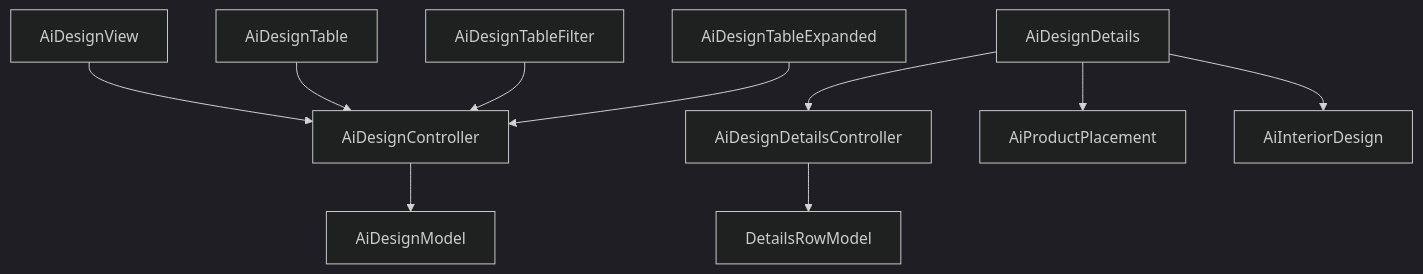
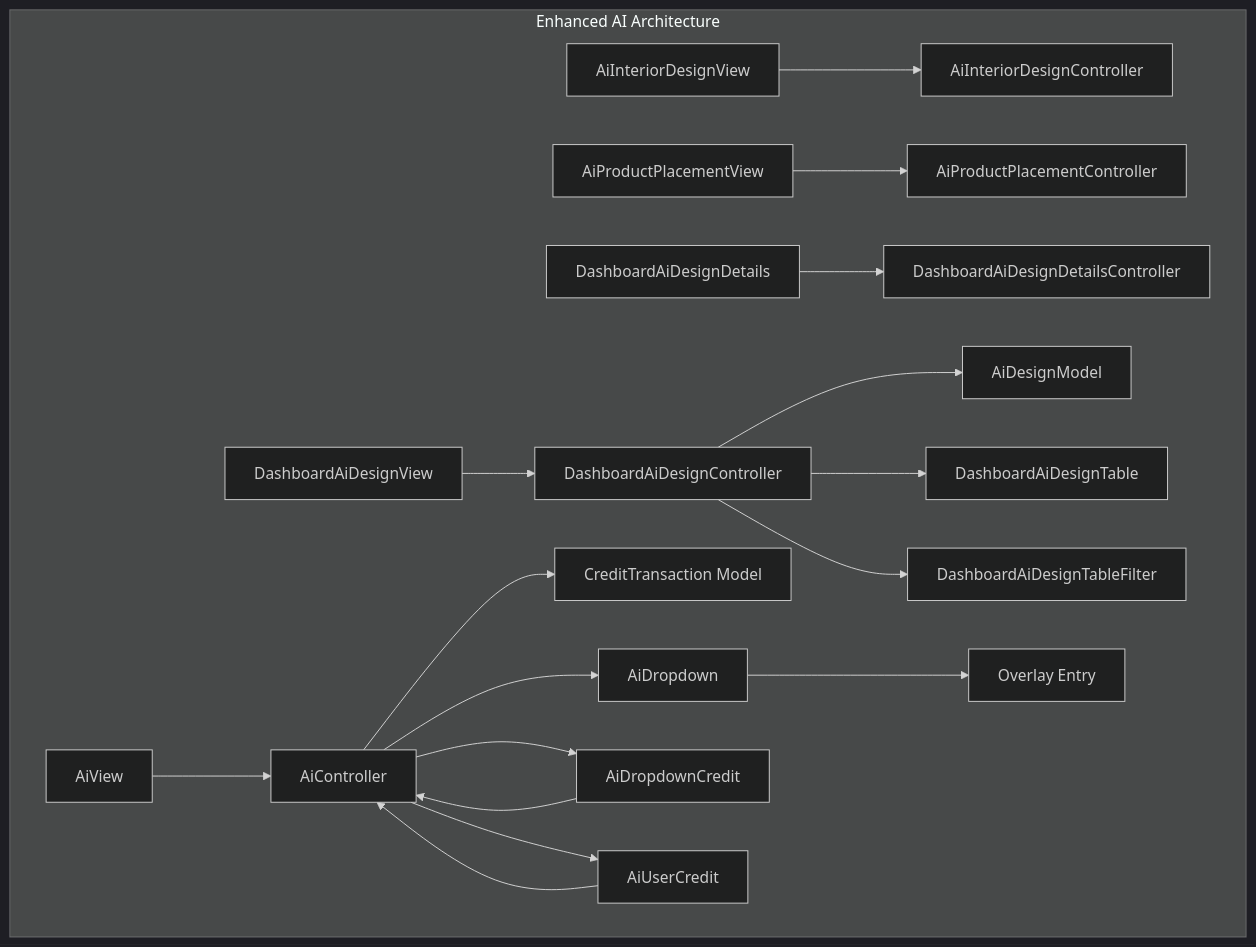
One commit to Ariful3111/FurniGo changed the second of 6 diagrams in .qoder/repowiki/en/content/Core Features/AI Design Services/AI Design Services.md. Above: the diagram before and after it, drawn with Mermaid (dark theme). The commit also changed other lines of this file and 67 other files, not shown here.

````diff
--- a/.qoder/repowiki/en/content/Core Features/AI Design Services/AI Design Services.md
+++ b/.qoder/repowiki/en/content/Core Features/AI Design Services/AI Design Services.md
@@ -114,12 +142,20 @@
 ```mermaid
 graph TB
-V1["AiDesignView"] --> C1["AiDesignController"]
-V2["AiDesignDetails"] --> C2["AiDesignDetailsController"]
-C1 --> M1["AiDesignModel"]
-W1["AiDesignTable"] --> C1
-W2["AiDesignTableFilter"] --> C1
-W3["AiDesignTableExpanded"] --> C1
-V2 --> W4["AiProductPlacement"]
-V2 --> W5["AiInteriorDesign"]
-C2 --> W6["DetailsRowModel"]
+subgraph "Enhanced AI Architecture"
+V1["AiView"] --> C1["AiController"]
+V2["AiInteriorDesignView"] --> C2["AiInteriorDesignController"]
+V3["AiProductPlacementView"] --> C3["AiProductPlacementController"]
+D1["DashboardAiDesignView"] --> DC1["DashboardAiDesignController"]
+D2["DashboardAiDesignDetails"] --> DC2["DashboardAiDesignDetailsController"]
+C1 --> M1["CreditTransaction Model"]
+C1 --> W1["AiDropdown"]
+C1 --> W2["AiDropdownCredit"]
+C1 --> W3["AiUserCredit"]
+DC1 --> M2["AiDesignModel"]
+DC1 --> W4["DashboardAiDesignTable"]
+DC1 --> W5["DashboardAiDesignTableFilter"]
+W1 --> O1["Overlay Entry"]
+W2 --> C1
+W3 --> C1
+end
 ```
````
